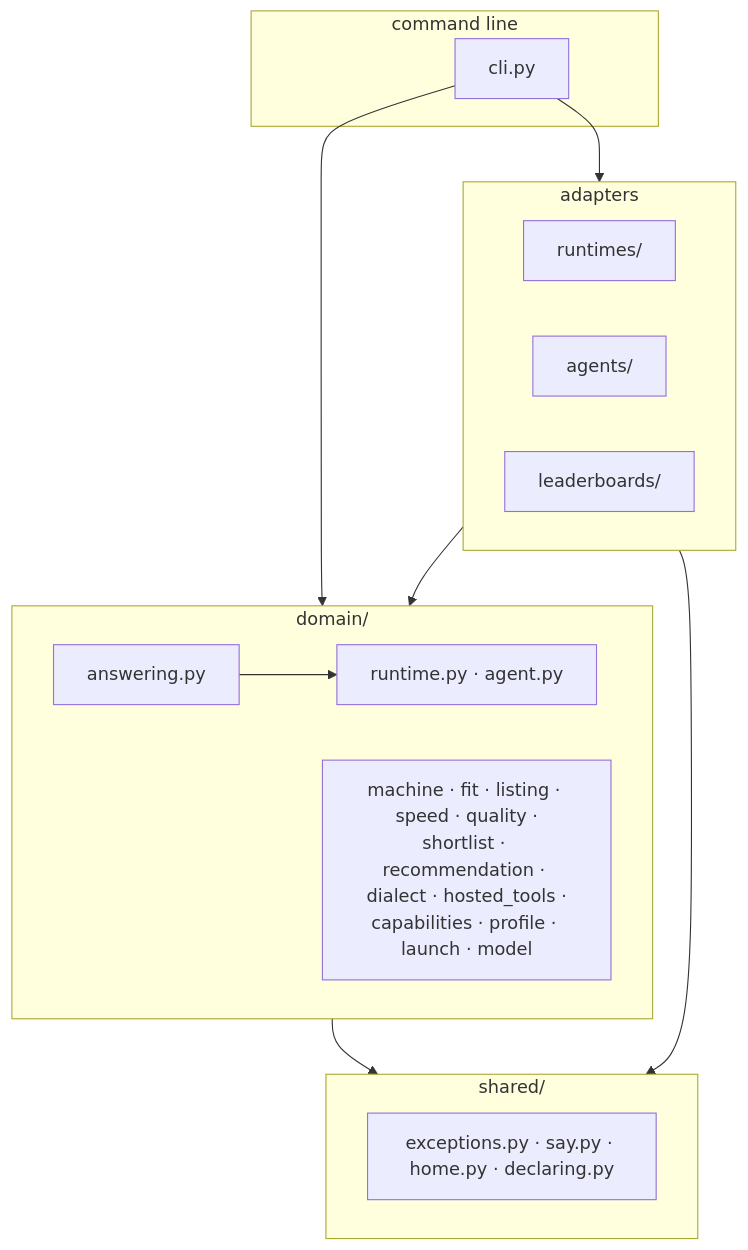
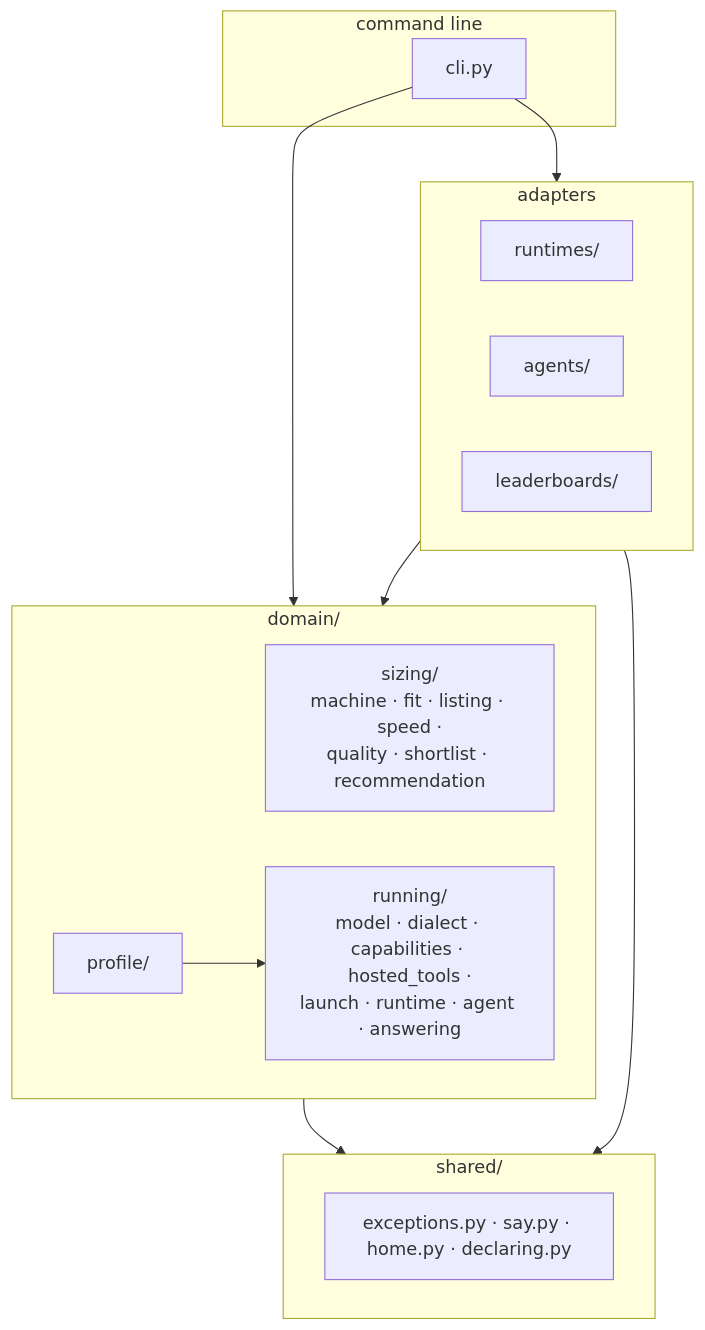
One commit to pvardanis/offgrid changed the first of 3 diagrams in docs/architecture.md. Above: the diagram before and after it, drawn with Mermaid. The commit also changed other lines of this file and 46 other files, not shown here.

````diff
--- a/docs/architecture.md
+++ b/docs/architecture.md
@@ -13,26 +13,26 @@
 ```mermaid
 flowchart TD
     subgraph cmd [command line]
         cli[cli.py]
     end
     subgraph adapters [adapters]
         rt["runtimes/"]
         ag["agents/"]
         lb["leaderboards/"]
     end
     subgraph domain ["domain/"]
-        answering[answering.py]
-        ports["runtime.py · agent.py"]
-        rest["machine · fit · listing · speed · quality ·<br/>shortlist · recommendation · dialect · hosted_tools ·<br/>capabilities · profile · launch · model"]
+        sizing["sizing/<br/>machine · fit · listing · speed ·<br/>quality · shortlist · recommendation"]
+        running["running/<br/>model · dialect · capabilities · hosted_tools ·<br/>launch · runtime · agent · answering"]
+        profile["profile/"]
     end
     subgraph shared ["shared/"]
         sh["exceptions.py · say.py · home.py · declaring.py"]
     end
 
     cli --> adapters
     cli --> domain
     adapters --> domain
     domain --> shared
     adapters --> shared
-    answering --> ports
+    profile --> running
 ```
````
